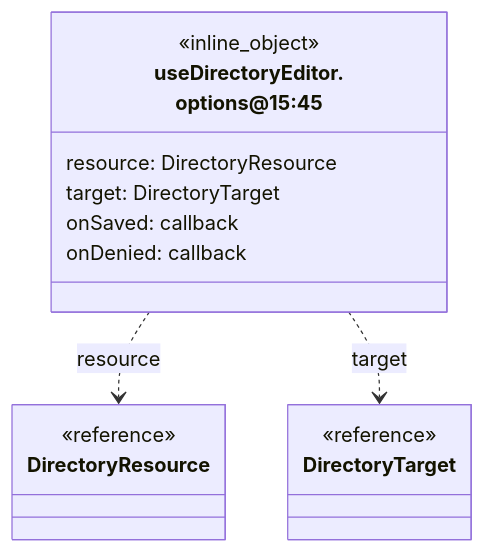
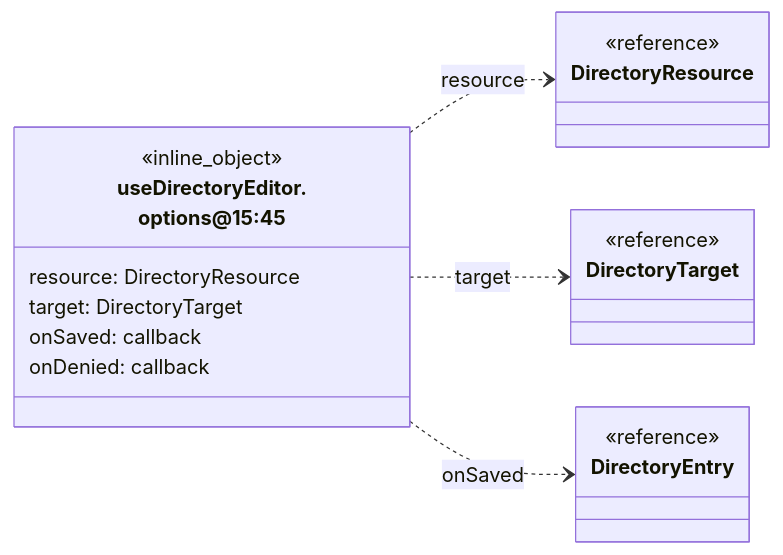
One commit to gpgsistemas01/nexus changed the fifth of 24 diagrams in front/docs/architecture/views/logical/type-reference/directory.md. Above: the diagram before and after it, drawn with Mermaid. The commit also changed other lines of this file and 37 other files, not shown here.

Commit message:
docs: depurar diagramas y conservar contratos propios del frontend

````diff
--- a/front/docs/architecture/views/logical/type-reference/directory.md
+++ b/front/docs/architecture/views/logical/type-reference/directory.md
@@ -256,19 +197,23 @@
 ```mermaid
 classDiagram
-    direction TB
+    direction LR
     class Subject["useDirectoryEditor.<br/>options@15:45"] {
         <<inline_object>>
         resource: DirectoryResource
         target: DirectoryTarget
         onSaved: callback
         onDenied: callback
     }
     class R0["DirectoryResource"] {
         <<reference>>
     }
     class R1["DirectoryTarget"] {
         <<reference>>
     }
+    class R2["DirectoryEntry"] {
+        <<reference>>
+    }
     Subject ..> R0 : resource
     Subject ..> R1 : target
+    Subject ..> R2 : onSaved
 ```
````
